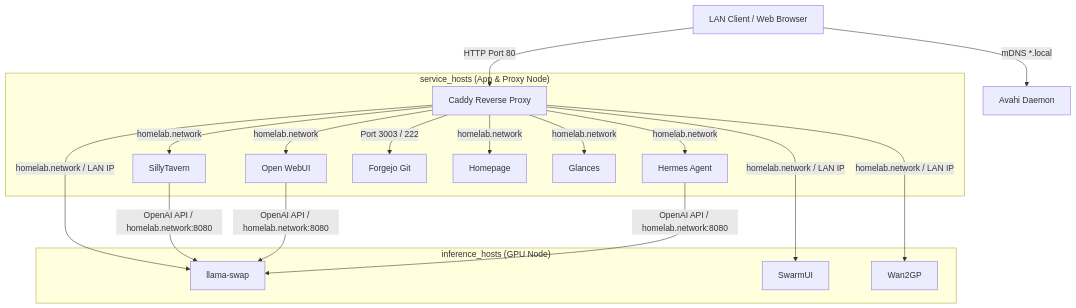
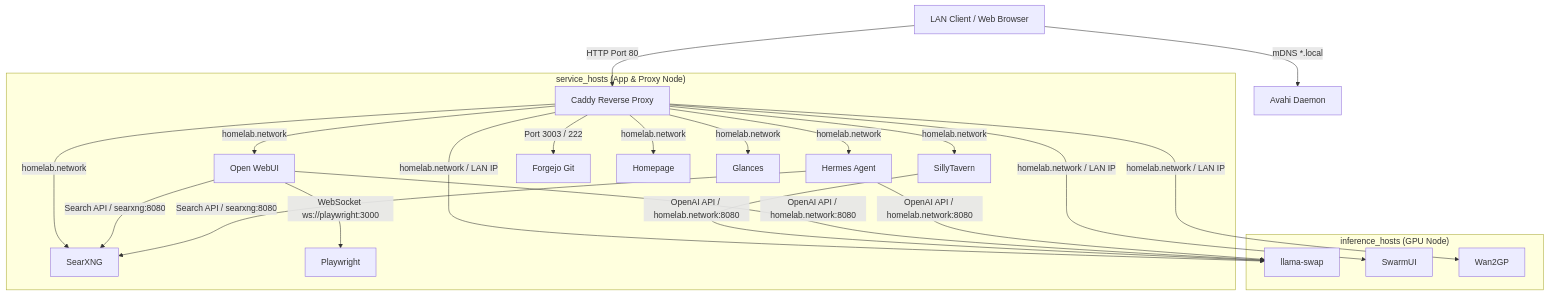
The diagram in docs/architecture.md (Darkkal/homelab), drawn with Mermaid before and after one commit. The commit also changed other lines of this file and 1 other file, not shown here.

Commit message:
docs(architecture): document searxng and playwright services and network topology

````diff
--- a/docs/architecture.md
+++ b/docs/architecture.md
@@ -23,24 +23,28 @@
 ```mermaid
 graph TD
     Client[LAN Client / Web Browser] -->|mDNS *.local| Avahi[Avahi Daemon]
     Client -->|HTTP Port 80| Caddy[Caddy Reverse Proxy]
     
     subgraph service_hosts ["service_hosts (App & Proxy Node)"]
         Caddy -->|homelab.network| SillyTavern[SillyTavern]
         Caddy -->|homelab.network| OpenWebUI[Open WebUI]
         Caddy -->|homelab.network| Hermes[Hermes Agent]
+        Caddy -->|homelab.network| SearXNG[SearXNG]
         Caddy -->|Port 3003 / 222| Forgejo[Forgejo Git]
         Caddy -->|homelab.network| Homepage[Homepage]
         Caddy -->|homelab.network| Glances[Glances]
+        OpenWebUI -->|WebSocket ws://playwright:3000| Playwright[Playwright]
     end
 
     subgraph inference_hosts ["inference_hosts (GPU Node)"]
         Caddy -->|homelab.network / LAN IP| LlamaSwap[llama-swap]
         Caddy -->|homelab.network / LAN IP| SwarmUI[SwarmUI]
         Caddy -->|homelab.network / LAN IP| Wan2GP[Wan2GP]
     end
 
     SillyTavern -->|OpenAI API / homelab.network:8080| LlamaSwap
     OpenWebUI -->|OpenAI API / homelab.network:8080| LlamaSwap
+    OpenWebUI -->|Search API / searxng:8080| SearXNG
     Hermes -->|OpenAI API / homelab.network:8080| LlamaSwap
+    Hermes -->|Search API / searxng:8080| SearXNG
 ```
````
